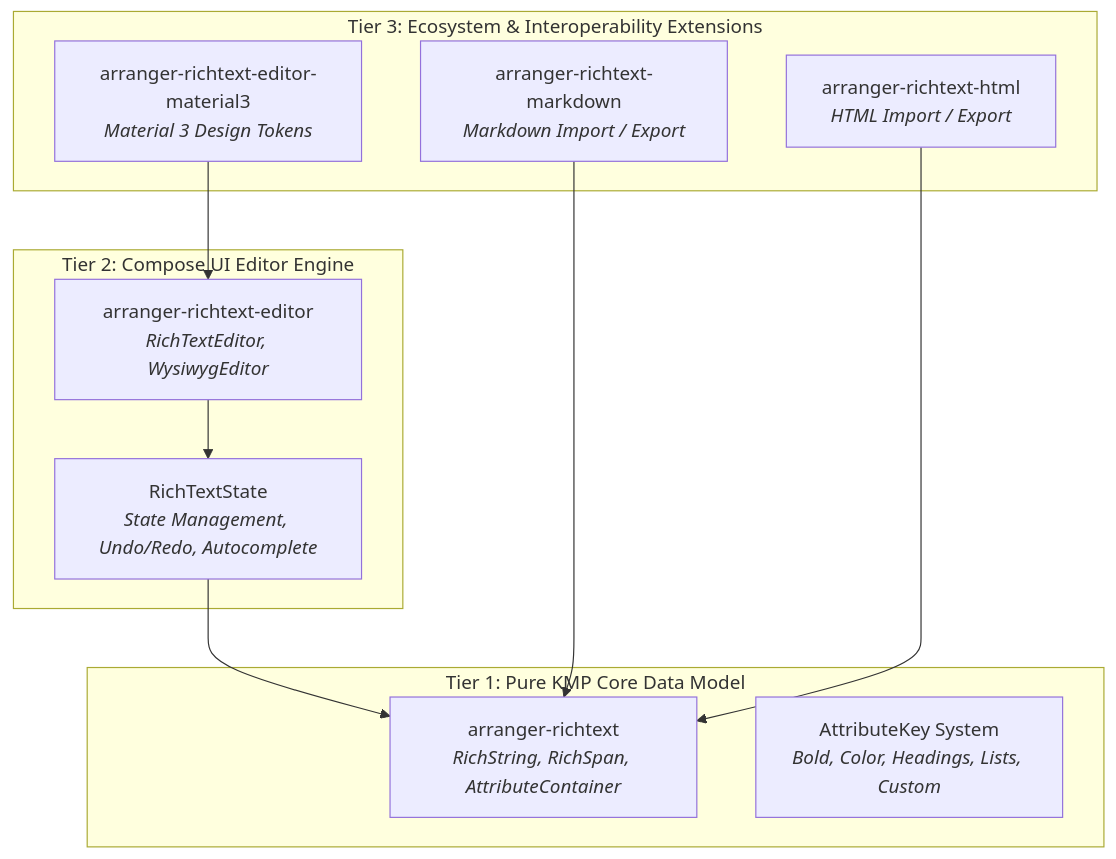
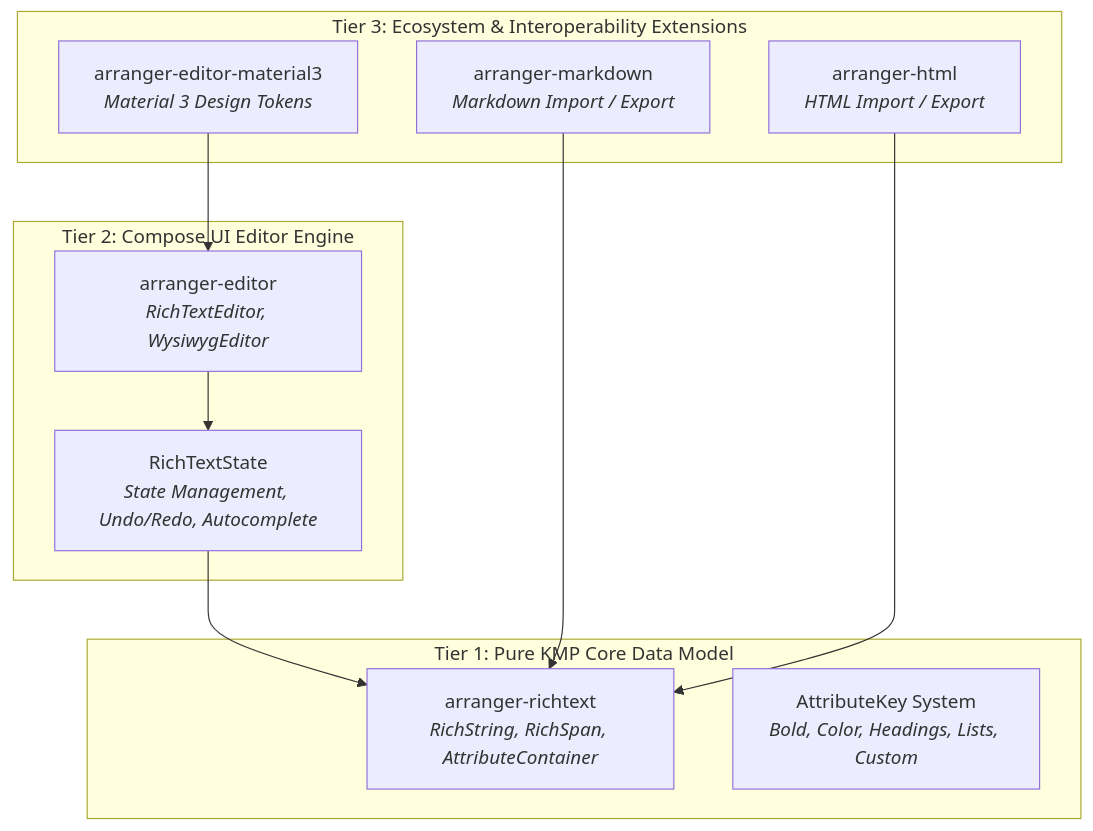
The first of 2 diagrams in docs/architecture/overview.md (mkeeda/arranger), drawn with Mermaid before and after one commit. The commit also changed other lines of this file and 17 other files, not shown here.

Commit message:
docs: update documentation and roadmap for new artifact and package names

````diff
--- a/docs/architecture/overview.md
+++ b/docs/architecture/overview.md
@@ -13,24 +13,24 @@
 ```mermaid
 graph TD
     subgraph Extensions ["Tier 3: Ecosystem & Interoperability Extensions"]
-        M3["arranger-richtext-editor-material3<br/><i>Material 3 Design Tokens</i>"]
-        MD["arranger-richtext-markdown<br/><i>Markdown Import / Export</i>"]
-        HTML["arranger-richtext-html<br/><i>HTML Import / Export</i>"]
+        M3["arranger-editor-material3<br/><i>Material 3 Design Tokens</i>"]
+        MD["arranger-markdown<br/><i>Markdown Import / Export</i>"]
+        HTML["arranger-html<br/><i>HTML Import / Export</i>"]
     end
 
     subgraph UI ["Tier 2: Compose UI Editor Engine"]
-        Editor["arranger-richtext-editor<br/><i>RichTextEditor, WysiwygEditor</i>"]
+        Editor["arranger-editor<br/><i>RichTextEditor, WysiwygEditor</i>"]
         State["RichTextState<br/><i>State Management, Undo/Redo, Autocomplete</i>"]
     end
 
     subgraph Core ["Tier 1: Pure KMP Core Data Model"]
         Model["arranger-richtext<br/><i>RichString, RichSpan, AttributeContainer</i>"]
         Keys["AttributeKey System<br/><i>Bold, Color, Headings, Lists, Custom</i>"]
     end
 
     M3 --> Editor
     Editor --> State
     State --> Model
     MD --> Model
     HTML --> Model
 ```
````
